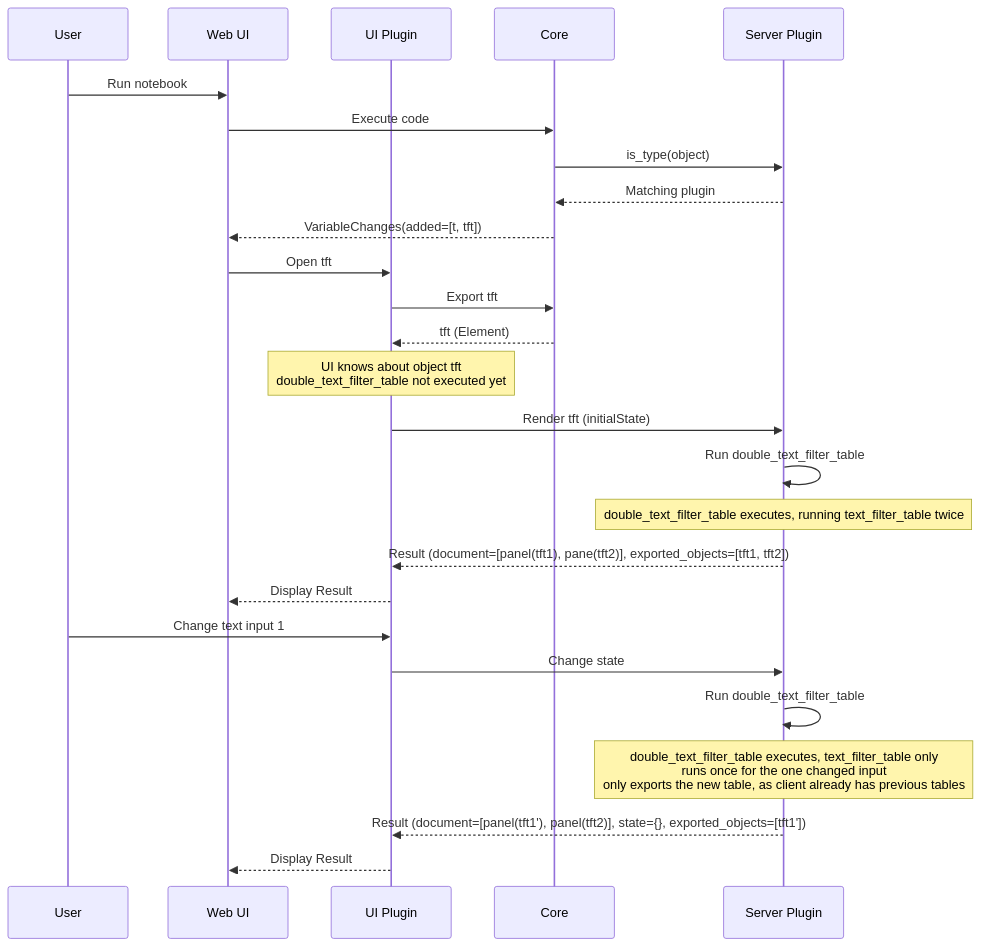
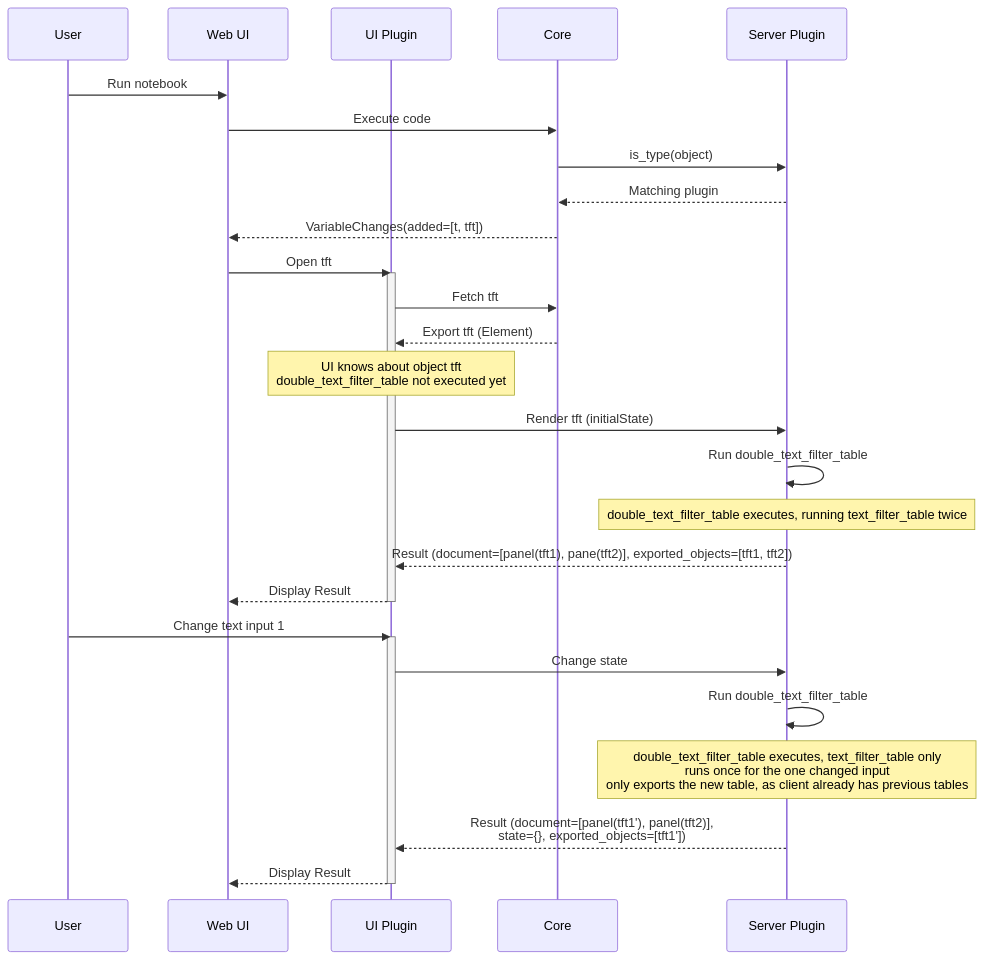
Before and after one commit to deephaven/deephaven-plugins: the first of 2 diagrams in plugins/ui/docs/architecture.md, drawn with Mermaid. The commit also changed other lines of this file, not shown here.

Commit message:
Cleanup after review

````diff
--- a/plugins/ui/docs/architecture.md
+++ b/plugins/ui/docs/architecture.md
@@ -67,33 +67,37 @@
 ```mermaid
 sequenceDiagram
   participant U as User
   participant W as Web UI
   participant UIP as UI Plugin
   participant C as Core
   participant SP as Server Plugin
 
   U->>W: Run notebook
   W->>C: Execute code
   C->>SP: is_type(object)
   SP-->>C: Matching plugin
   C-->>W: VariableChanges(added=[t, tft])
 
   W->>UIP: Open tft
-  UIP->>C: Export tft
-  C-->>UIP: tft (Element)
+  activate UIP
+  UIP->>C: Fetch tft
+  C-->>UIP: Export tft (Element)
 
   Note over UIP: UI knows about object tft<br/>double_text_filter_table not executed yet
 
   UIP->>SP: Render tft (initialState)
   SP->>SP: Run double_text_filter_table
   Note over SP: double_text_filter_table executes, running text_filter_table twice
   SP-->>UIP: Result (document=[panel(tft1), pane(tft2)], exported_objects=[tft1, tft2])
   UIP-->>W: Display Result
+  deactivate UIP
 
   U->>UIP: Change text input 1
+  activate UIP
   UIP->>SP: Change state
   SP->>SP: Run double_text_filter_table
   Note over SP: double_text_filter_table executes, text_filter_table only <br/>runs once for the one changed input<br/>only exports the new table, as client already has previous tables
-  SP-->>UIP: Result (document=[panel(tft1'), panel(tft2)], state={}, exported_objects=[tft1'])
+  SP-->>UIP: Result (document=[panel(tft1'), panel(tft2)], <br/>state={}, exported_objects=[tft1'])
   UIP-->>W: Display Result
+  deactivate UIP
 ```
````
